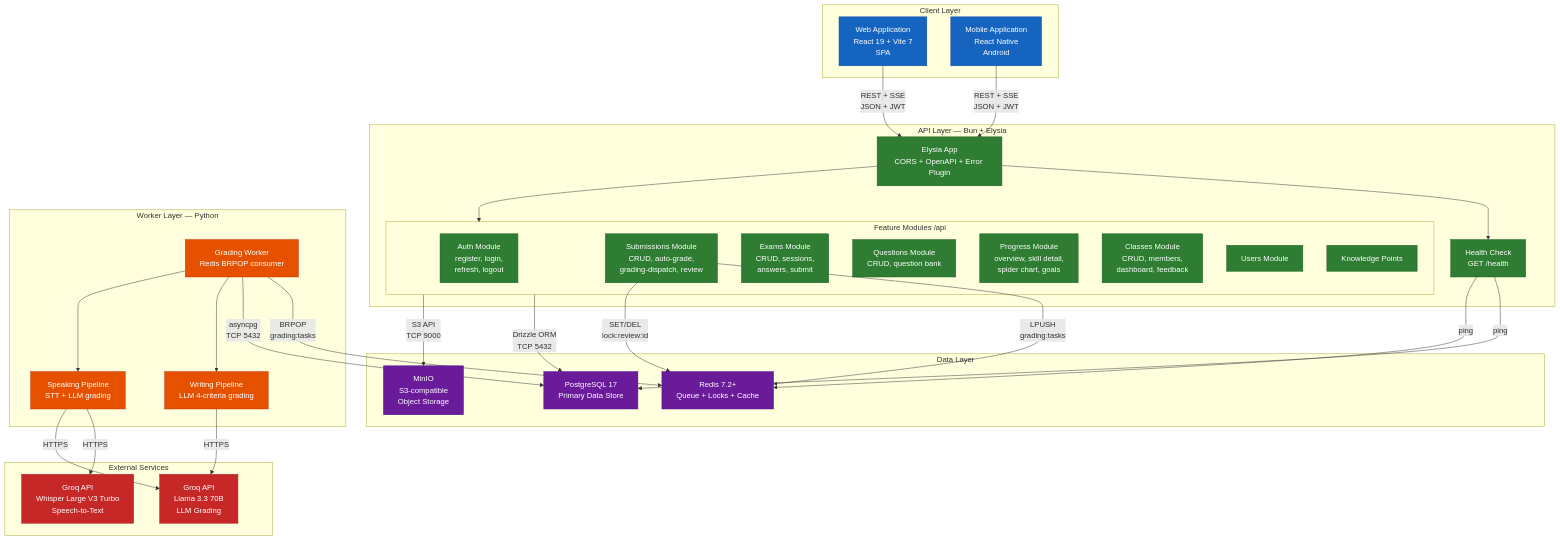
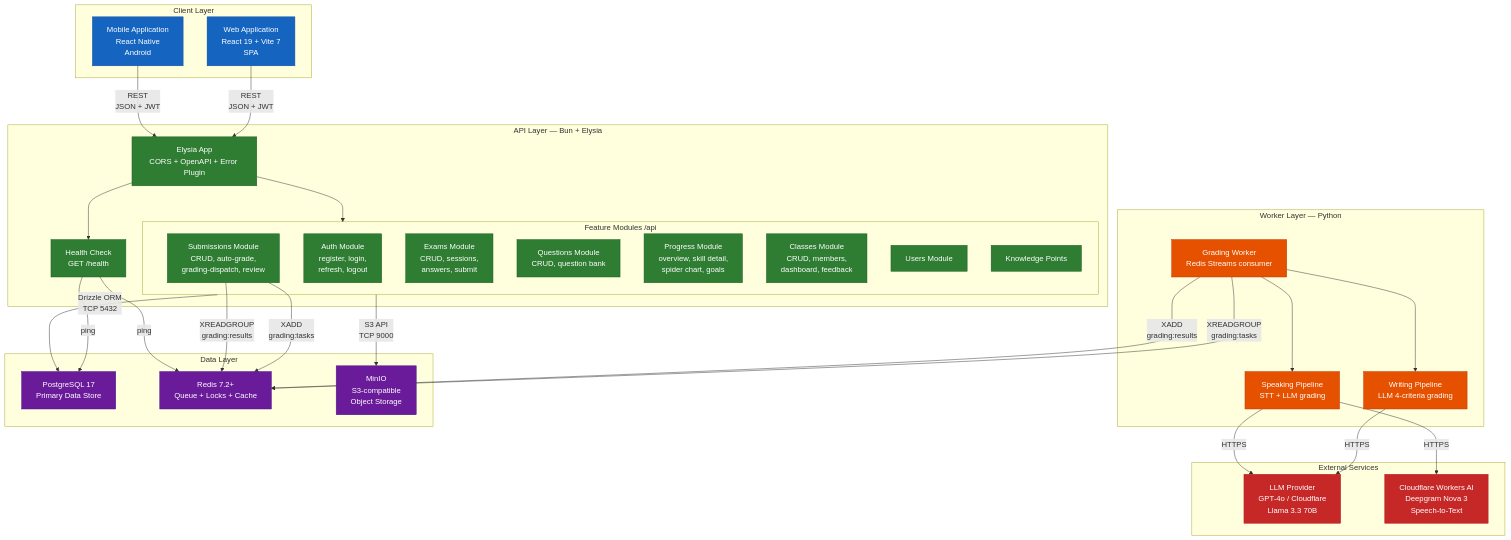
Before and after one commit to 81CuongVn/VSTEP: the first of 16 diagrams in docs/capstone/reports/VI/report4-software-design-document.md, drawn with Mermaid. The commit also changed other lines of this file and 1 other file, not shown here.

````diff
--- a/docs/capstone/reports/VI/report4-software-design-document.md
+++ b/docs/capstone/reports/VI/report4-software-design-document.md
@@ -48,73 +47,73 @@
 ```mermaid
 flowchart TB
     subgraph Clients ["Client Layer"]
         WebApp["Web Application<br/>React 19 + Vite 7<br/>SPA"]
         MobileApp["Mobile Application<br/>React Native<br/>Android"]
     end
 
     subgraph APILayer ["API Layer — Bun + Elysia"]
         Gateway["Elysia App<br/>CORS + OpenAPI + Error Plugin"]
         subgraph Modules ["Feature Modules /api"]
             AuthMod["Auth Module<br/>register, login,<br/>refresh, logout"]
             SubMod["Submissions Module<br/>CRUD, auto-grade,<br/>grading-dispatch, review"]
             ExamMod["Exams Module<br/>CRUD, sessions,<br/>answers, submit"]
             QuestMod["Questions Module<br/>CRUD, question bank"]
             ProgMod["Progress Module<br/>overview, skill detail,<br/>spider chart, goals"]
             ClassMod["Classes Module<br/>CRUD, members,<br/>dashboard, feedback"]
             UserMod["Users Module"]
             KPMod["Knowledge Points"]
         end
         HealthMod["Health Check<br/>GET /health"]
     end
 
     subgraph WorkerLayer ["Worker Layer — Python"]
-        Worker["Grading Worker<br/>Redis BRPOP consumer"]
+        Worker["Grading Worker<br/>Redis Streams consumer"]
         WritingPipe["Writing Pipeline<br/>LLM 4-criteria grading"]
         SpeakingPipe["Speaking Pipeline<br/>STT + LLM grading"]
     end
 
     subgraph DataLayer ["Data Layer"]
         PG["PostgreSQL 17<br/>Primary Data Store"]
         Redis["Redis 7.2+<br/>Queue + Locks + Cache"]
         MinIO["MinIO<br/>S3-compatible<br/>Object Storage"]
     end
 
     subgraph External ["External Services"]
-        GroqLLM["Groq API<br/>Llama 3.3 70B<br/>LLM Grading"]
-        GroqSTT["Groq API<br/>Whisper Large V3 Turbo<br/>Speech-to-Text"]
+        LLMAPI["LLM Provider<br/>GPT-4o / Cloudflare<br/>Llama 3.3 70B"]
+        STTAPI["Cloudflare Workers AI<br/>Deepgram Nova 3<br/>Speech-to-Text"]
     end
 
-    WebApp -->|"REST + SSE<br/>JSON + JWT"| Gateway
-    MobileApp -->|"REST + SSE<br/>JSON + JWT"| Gateway
+    WebApp -->|"REST<br/>JSON + JWT"| Gateway
+    MobileApp -->|"REST<br/>JSON + JWT"| Gateway
     Gateway --> Modules
     Gateway --> HealthMod
 
-    SubMod -->|"LPUSH<br/>grading:tasks"| Redis
-    Worker -->|"BRPOP<br/>grading:tasks"| Redis
-    SubMod -->|"SET/DEL<br/>lock:review:id"| Redis
+    SubMod -->|"XADD<br/>grading:tasks"| Redis
+    Worker -->|"XREADGROUP<br/>grading:tasks"| Redis
+    SubMod -->|"XREADGROUP<br/>grading:results"| Redis
 
     Modules -->|"Drizzle ORM<br/>TCP 5432"| PG
-    Worker -->|"asyncpg<br/>TCP 5432"| PG
 
     Worker --> WritingPipe
     Worker --> SpeakingPipe
-    WritingPipe -->|"HTTPS"| GroqLLM
-    SpeakingPipe -->|"HTTPS"| GroqSTT
-    SpeakingPipe -->|"HTTPS"| GroqLLM
+    WritingPipe -->|"HTTPS"| LLMAPI
+    SpeakingPipe -->|"HTTPS"| STTAPI
+    SpeakingPipe -->|"HTTPS"| LLMAPI
+    Worker -->|"XADD<br/>grading:results"| Redis
 
     HealthMod -->|"ping"| PG
     HealthMod -->|"ping"| Redis
     Modules -->|"S3 API<br/>TCP 9000"| MinIO
 
     classDef client fill:#1565c0,stroke:#0d47a1,color:#fff
     classDef api fill:#2e7d32,stroke:#1b5e20,color:#fff
     classDef worker fill:#e65100,stroke:#bf360c,color:#fff
     classDef data fill:#6a1b9a,stroke:#4a148c,color:#fff
     classDef external fill:#c62828,stroke:#b71c1c,color:#fff
 
     class WebApp,MobileApp client
     class Gateway,AuthMod,SubMod,ExamMod,QuestMod,ProgMod,ClassMod,UserMod,KPMod,HealthMod api
     class Worker,WritingPipe,SpeakingPipe worker
     class PG,Redis,MinIO data
-    class GroqLLM,GroqSTT external
+    class LLMAPI,STTAPI external
 ```
````
